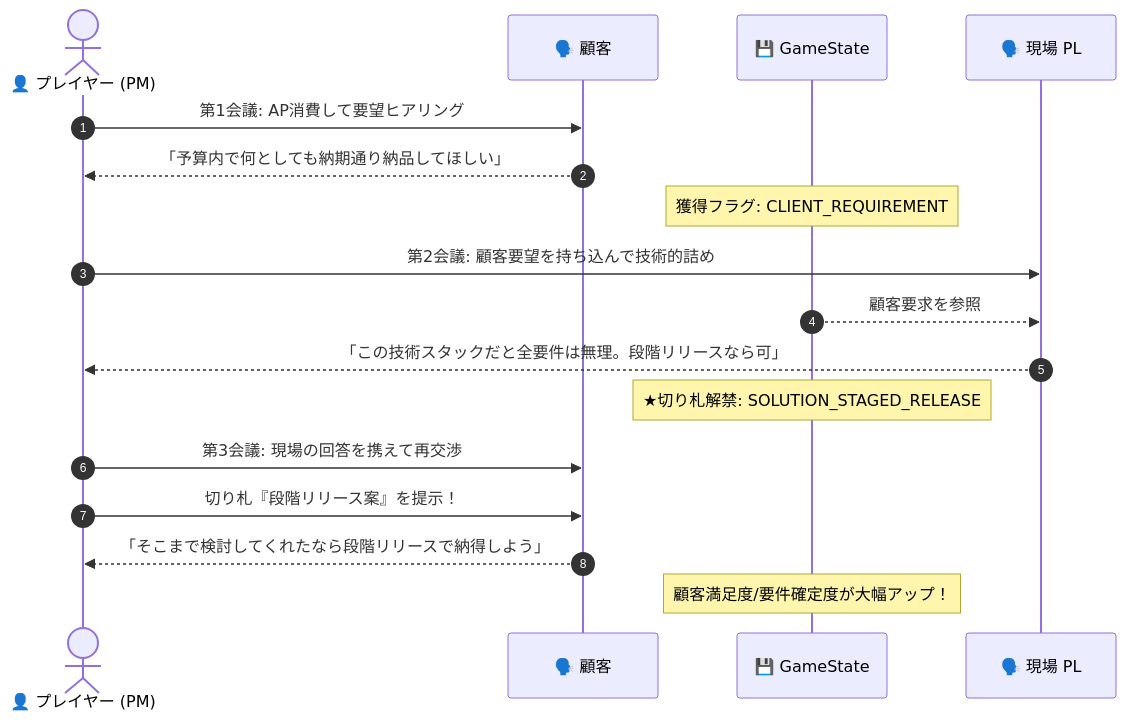
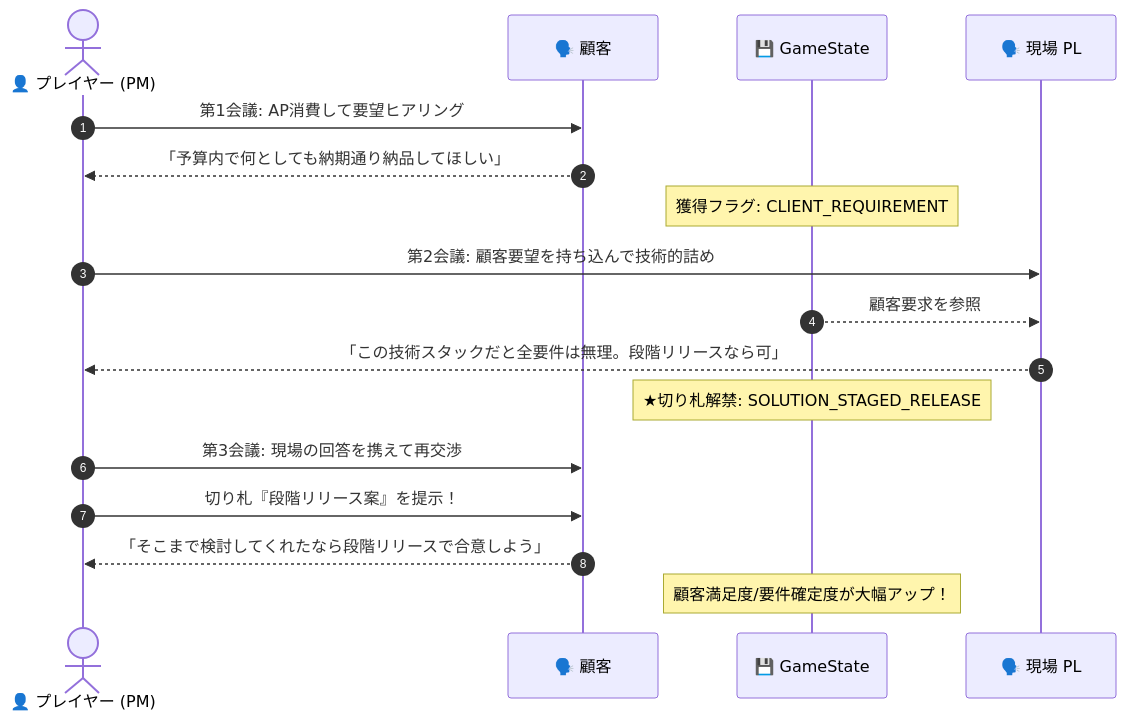
One commit to asabon/pm-simulator changed the second of 3 diagrams in docs/spec/phase1_kickoff.md. Above: the diagram before and after it, drawn with Mermaid. The commit also changed other lines of this file and 3 other files, not shown here.

````diff
--- a/docs/spec/phase1_kickoff.md
+++ b/docs/spec/phase1_kickoff.md
@@ -45,22 +49,22 @@
 ```mermaid
 sequenceDiagram
     autonumber
     actor PM as 👤 プレイヤー (PM)
     participant Client as 🗣️ 顧客
     participant State as 💾 GameState
     participant PL as 🗣️ 現場 PL
 
     PM->>Client: 第1会議: AP消費して要望ヒアリング
     Client-->>PM: 「予算内で何としても納期通り納品してほしい」
     Note over State: 獲得フラグ: CLIENT_REQUIREMENT
 
     PM->>PL: 第2会議: 顧客要望を持ち込んで技術的詰め
     State-->>PL: 顧客要求を参照
     PL-->>PM: 「この技術スタックだと全要件は無理。段階リリースなら可」
     Note over State: ★切り札解禁: SOLUTION_STAGED_RELEASE
 
     PM->>Client: 第3会議: 現場の回答を携えて再交渉
     PM->>Client: 切り札『段階リリース案』を提示！
-    Client-->>PM: 「そこまで検討してくれたなら段階リリースで納得しよう」
+    Client-->>PM: 「そこまで検討してくれたなら段階リリースで合意しよう」
     Note over State: 顧客満足度/要件確定度が大幅アップ！
 ```
````
